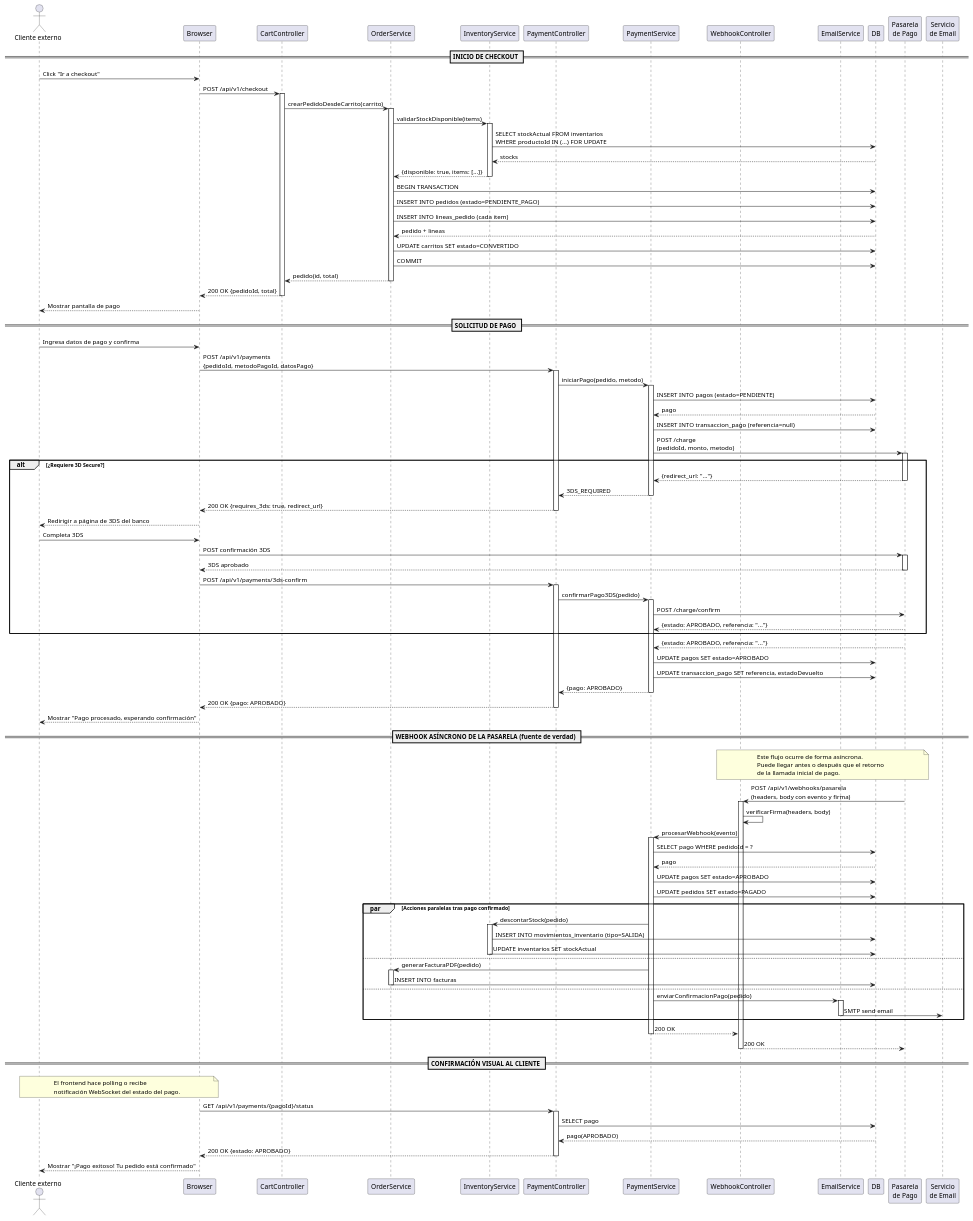
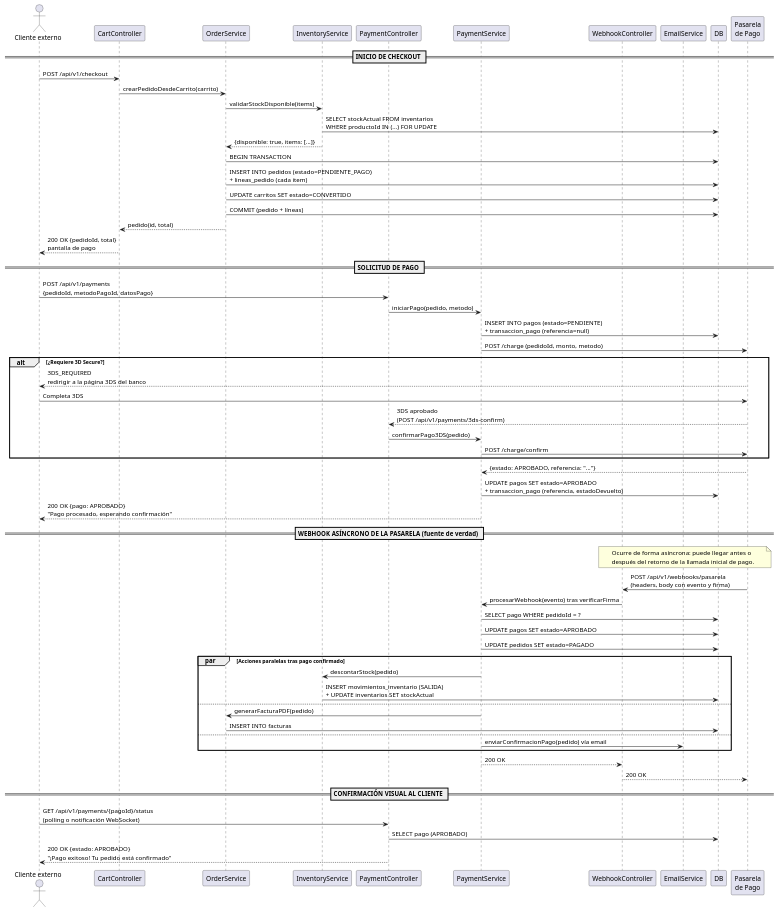
One commit to D4nitrix13/AtlasCommerce changed the diagram in docs/uml/8.4.2-secuencia-checkout-pasarela-simple.puml. Above: the diagram before and after it, drawn with PlantUML. The commit also changed 11 other files, not shown here.

```diff
--- a/docs/uml/8.4.2-secuencia-checkout-pasarela-simple.puml
+++ b/docs/uml/8.4.2-secuencia-checkout-pasarela-simple.puml
@@ -1,140 +1,75 @@
 @startuml 8.4 - Secuencia: Checkout Completo con Pasarela de Pago
-hide methods
-hide attributes
-hide empty members
 
 actor "Cliente externo" as C
-participant "Browser" as B
 participant "CartController" as CC
 participant "OrderService" as OS
 participant "InventoryService" as IS
 participant "PaymentController" as PC
 participant "PaymentService" as PS
 participant "WebhookController" as WC
 participant "EmailService" as ES
 participant "DB" as DB
 participant "Pasarela\nde Pago" as PP
-participant "Servicio\nde Email" as EM
 
 == INICIO DE CHECKOUT ==
-C -> B : Click "Ir a checkout"
-B -> CC : POST /api/v1/checkout
-activate CC
+C -> CC : POST /api/v1/checkout
 CC -> OS : crearPedidoDesdeCarrito(carrito)
-activate OS
-
 OS -> IS : validarStockDisponible(items)
-activate IS
 IS -> DB : SELECT stockActual FROM inventarios\nWHERE productoId IN (...) FOR UPDATE
-DB --> IS : stocks
 IS --> OS : {disponible: true, items: [...]}
-deactivate IS
-
 OS -> DB : BEGIN TRANSACTION
-OS -> DB : INSERT INTO pedidos (estado=PENDIENTE_PAGO)
-OS -> DB : INSERT INTO lineas_pedido (cada item)
-DB --> OS : pedido + lineas
+OS -> DB : INSERT INTO pedidos (estado=PENDIENTE_PAGO)\n+ lineas_pedido (cada item)
 OS -> DB : UPDATE carritos SET estado=CONVERTIDO
-OS -> DB : COMMIT
+OS -> DB : COMMIT (pedido + líneas)
 OS --> CC : pedido(id, total)
-deactivate OS
-CC --> B : 200 OK {pedidoId, total}
-deactivate CC
-B --> C : Mostrar pantalla de pago
+CC --> C : 200 OK {pedidoId, total}\npantalla de pago
 
 == SOLICITUD DE PAGO ==
-C -> B : Ingresa datos de pago y confirma
-B -> PC : POST /api/v1/payments\n{pedidoId, metodoPagoId, datosPago}
-activate PC
+C -> PC : POST /api/v1/payments\n{pedidoId, metodoPagoId, datosPago}
 PC -> PS : iniciarPago(pedido, metodo)
-activate PS
-PS -> DB : INSERT INTO pagos (estado=PENDIENTE)
-DB --> PS : pago
-PS -> DB : INSERT INTO transaccion_pago (referencia=null)
-PS -> PP : POST /charge\n(pedidoId, monto, metodo)
-activate PP
+PS -> DB : INSERT INTO pagos (estado=PENDIENTE)\n+ transaccion_pago (referencia=null)
+PS -> PP : POST /charge (pedidoId, monto, metodo)
 
 alt ¿Requiere 3D Secure?
-  PP --> PS : {redirect_url: "..."}
-  deactivate PP
-  PS --> PC : 3DS_REQUIRED
-  deactivate PS
-  PC --> B : 200 OK {requires_3ds: true, redirect_url}
-  deactivate PC
-  B --> C : Redirigir a página de 3DS del banco
-  C -> B : Completa 3DS
-  B -> PP : POST confirmación 3DS
-  activate PP
-  PP --> B : 3DS aprobado
-  deactivate PP
-  B -> PC : POST /api/v1/payments/3ds-confirm
-  activate PC
+  PP --> C : 3DS_REQUIRED\nredirigir a la página 3DS del banco
+  C -> PP : Completa 3DS
+  PP --> PC : 3DS aprobado\n(POST /api/v1/payments/3ds-confirm)
   PC -> PS : confirmarPago3DS(pedido)
-  activate PS
   PS -> PP : POST /charge/confirm
-  PP --> PS : {estado: APROBADO, referencia: "..."}
 end
 
 PP --> PS : {estado: APROBADO, referencia: "..."}
-PS -> DB : UPDATE pagos SET estado=APROBADO
-PS -> DB : UPDATE transaccion_pago SET referencia, estadoDevuelto
-PS --> PC : {pago: APROBADO}
-deactivate PS
-PC --> B : 200 OK {pago: APROBADO}
-deactivate PC
-B --> C : Mostrar "Pago procesado, esperando confirmación"
+PS -> DB : UPDATE pagos SET estado=APROBADO\n+ transaccion_pago (referencia, estadoDevuelto)
+PS --> C : 200 OK {pago: APROBADO}\n"Pago procesado, esperando confirmación"
 
 == WEBHOOK ASÍNCRONO DE LA PASARELA (fuente de verdad) ==
 note over PP, WC
-  Este flujo ocurre de forma asíncrona.
-  Puede llegar antes o después que el retorno
-  de la llamada inicial de pago.
+  Ocurre de forma asíncrona: puede llegar antes o
+  después del retorno de la llamada inicial de pago.
 end note
 
 PP -> WC : POST /api/v1/webhooks/pasarela\n(headers, body con evento y firma)
-activate WC
-WC -> WC : verificarFirma(headers, body)
-WC -> PS : procesarWebhook(evento)
-activate PS
+WC -> PS : procesarWebhook(evento) tras verificarFirma
 PS -> DB : SELECT pago WHERE pedidoId = ?
-DB --> PS : pago
 PS -> DB : UPDATE pagos SET estado=APROBADO
 PS -> DB : UPDATE pedidos SET estado=PAGADO
 
 par Acciones paralelas tras pago confirmado
   PS -> IS : descontarStock(pedido)
-  activate IS
-  IS -> DB : INSERT INTO movimientos_inventario (tipo=SALIDA)
-  IS -> DB : UPDATE inventarios SET stockActual
-  deactivate IS
+  IS -> DB : INSERT movimientos_inventario (SALIDA)\n+ UPDATE inventarios SET stockActual
 else
   PS -> OS : generarFacturaPDF(pedido)
-  activate OS
   OS -> DB : INSERT INTO facturas
-  deactivate OS
 else
-  PS -> ES : enviarConfirmacionPago(pedido)
-  activate ES
-  ES -> EM : SMTP send email
-  deactivate ES
+  PS -> ES : enviarConfirmacionPago(pedido) vía email
 end
 
 PS --> WC : 200 OK
-deactivate PS
 WC --> PP : 200 OK
-deactivate WC
 
 == CONFIRMACIÓN VISUAL AL CLIENTE ==
-note over B, C
-  El frontend hace polling o recibe
-  notificación WebSocket del estado del pago.
-end note
-B -> PC : GET /api/v1/payments/{pagoId}/status
-activate PC
-PC -> DB : SELECT pago
-DB --> PC : pago(APROBADO)
-PC --> B : 200 OK {estado: APROBADO}
-deactivate PC
-B --> C : Mostrar "¡Pago exitoso! Tu pedido está confirmado"
+C -> PC : GET /api/v1/payments/{pagoId}/status\n(polling o notificación WebSocket)
+PC -> DB : SELECT pago (APROBADO)
+PC --> C : 200 OK {estado: APROBADO}\n"¡Pago exitoso! Tu pedido está confirmado"
 
 @enduml
```
